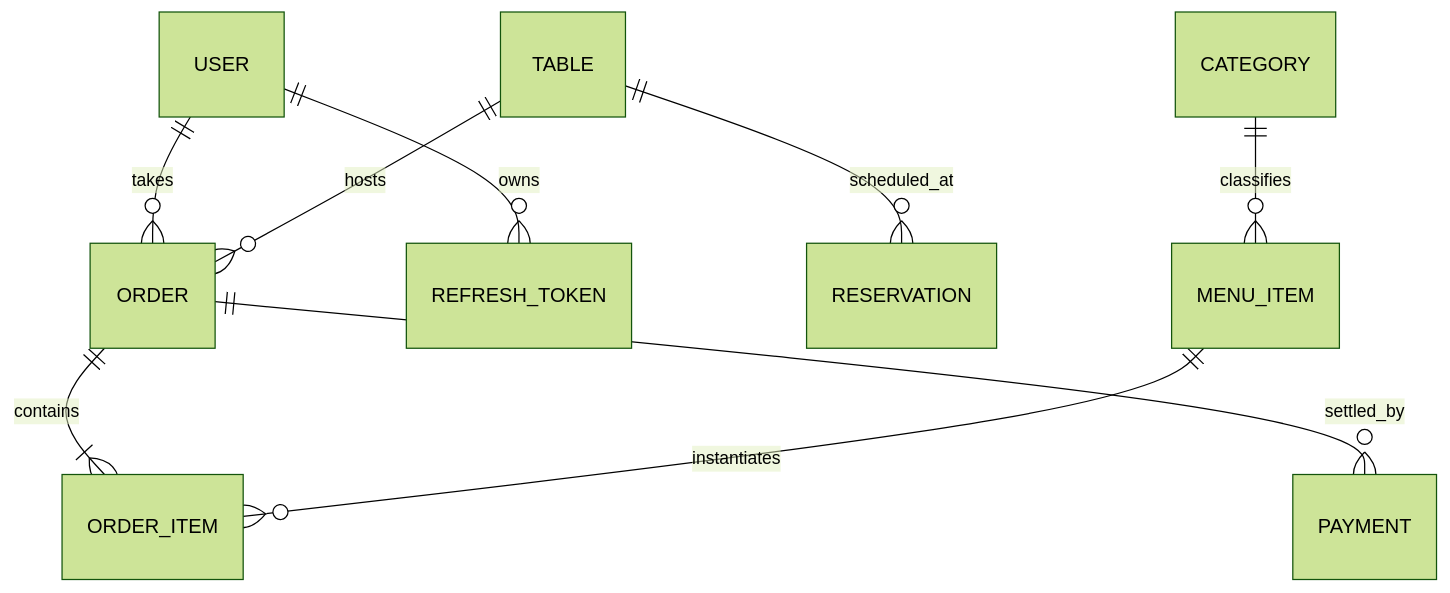
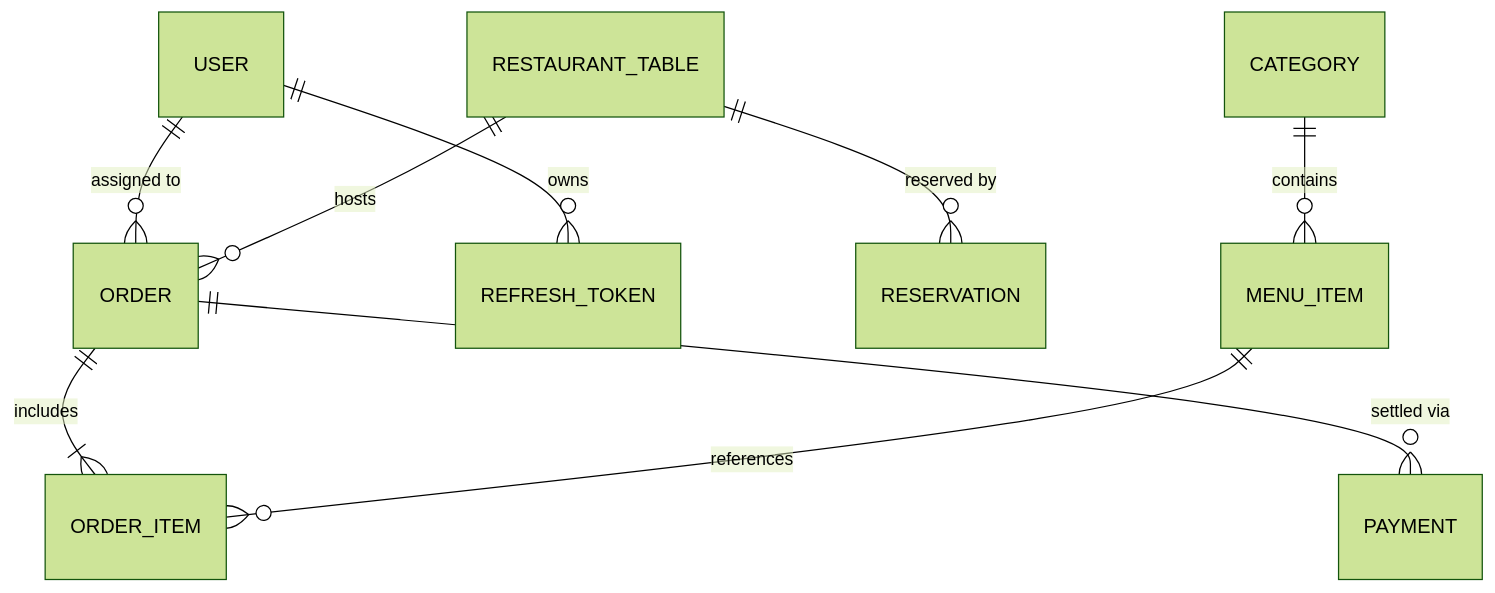
The diagram in README.md (YalcinBoraDincer/orderly), drawn with Mermaid (forest theme) before and after one commit. The commit also changed other lines of this file, not shown here.

````diff
--- a/README.md
+++ b/README.md
@@ -69,11 +94,11 @@
 ```mermaid
 erDiagram
-    USER ||--o{ ORDER : takes
+    USER ||--o{ ORDER : "assigned to"
     USER ||--o{ REFRESH_TOKEN : owns
-    TABLE ||--o{ ORDER : hosts
-    TABLE ||--o{ RESERVATION : scheduled_at
-    CATEGORY ||--o{ MENU_ITEM : classifies
-    ORDER ||--|{ ORDER_ITEM : contains
-    MENU_ITEM ||--o{ ORDER_ITEM : instantiates
-    ORDER ||--o{ PAYMENT : settled_by
+    RESTAURANT_TABLE ||--o{ ORDER : hosts
+    RESTAURANT_TABLE ||--o{ RESERVATION : "reserved by"
+    CATEGORY ||--o{ MENU_ITEM : contains
+    ORDER ||--|{ ORDER_ITEM : includes
+    MENU_ITEM ||--o{ ORDER_ITEM : references
+    ORDER ||--o{ PAYMENT : "settled via"
 ```
````
